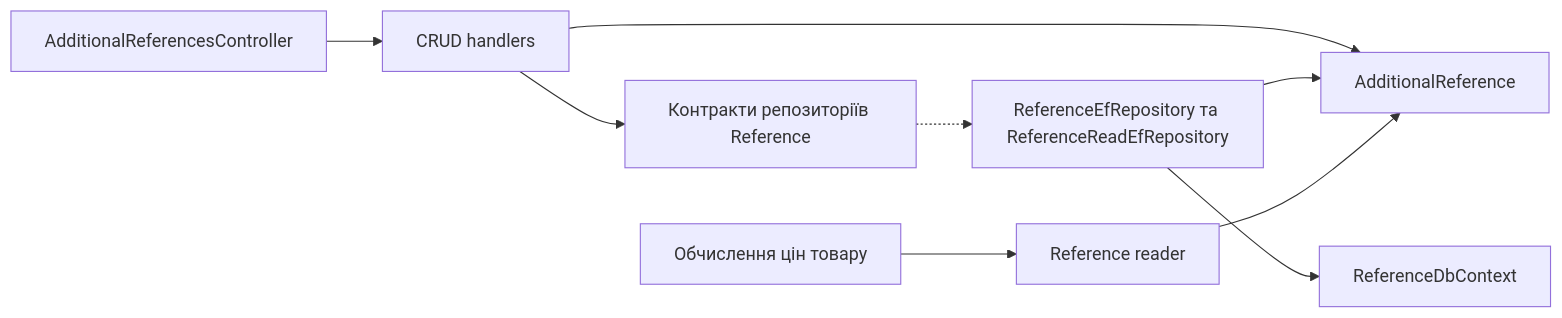
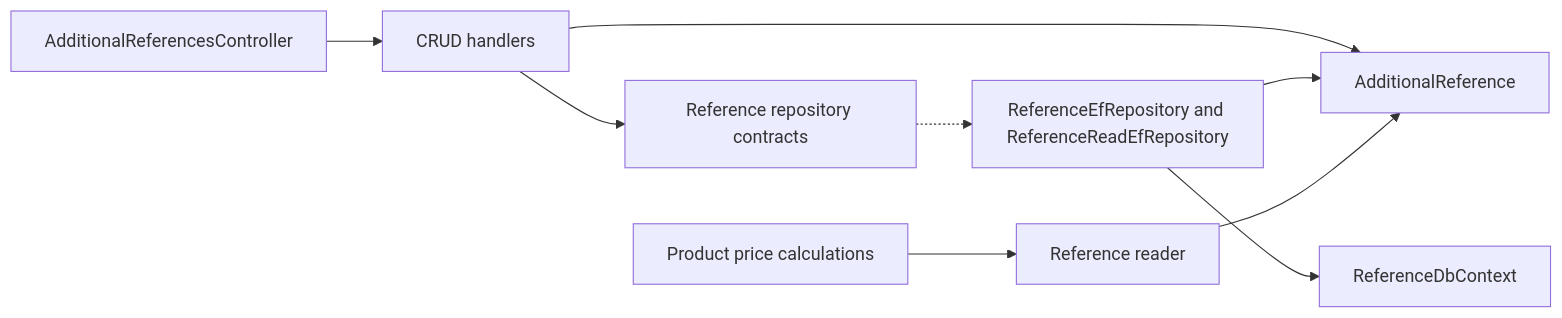
One commit to Weretik/BreviERP changed the diagram in docs/sdd/features/reference/additional-references.md. Above: the diagram before and after it, drawn with Mermaid. The commit also changed other lines of this file and 204 other files, not shown here.

````diff
--- a/docs/sdd/features/reference/additional-references.md
+++ b/docs/sdd/features/reference/additional-references.md
@@ -32,11 +32,11 @@
 ```mermaid
 flowchart LR
     A["AdditionalReferencesController"] --> B["CRUD handlers"]
     B --> C["AdditionalReference"]
-    B --> D["Контракти репозиторіїв Reference"]
-    D -.-> E["ReferenceEfRepository та ReferenceReadEfRepository"]
+    B --> D["Reference repository contracts"]
+    D -.-> E["ReferenceEfRepository and ReferenceReadEfRepository"]
     E --> F["ReferenceDbContext"]
     E --> C
-    G["Обчислення цін товару"] --> H["Reference reader"]
+    G["Product price calculations"] --> H["Reference reader"]
     H --> C
 ```
````
